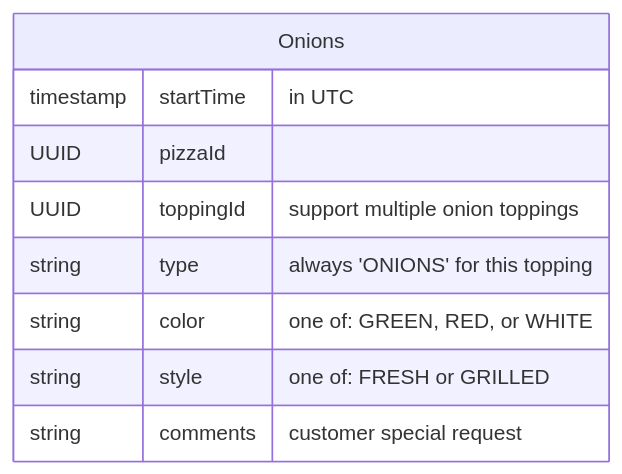
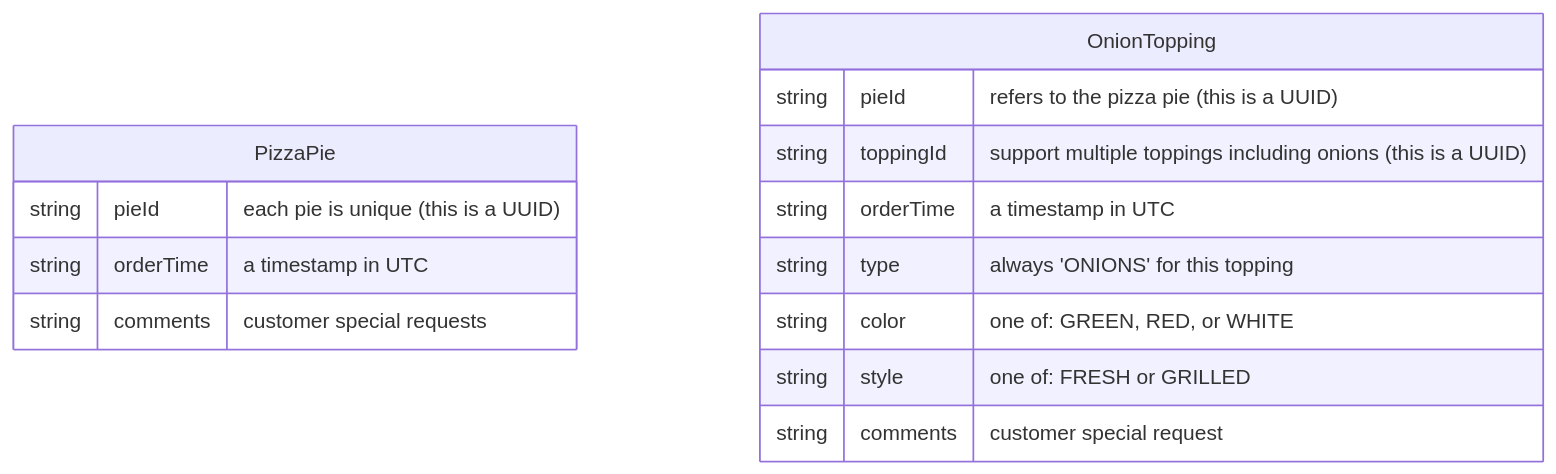
The sixth of 7 diagrams in Examples-of-diagramming.md (SruthiKorembathe/CICDImplementation), drawn with Mermaid before and after one commit. The commit also changed other lines of this file, not shown here.

Commit message:
Better ERD examples

````diff
--- a/Examples-of-diagramming.md
+++ b/Examples-of-diagramming.md
@@ -125,12 +127,18 @@
 ```mermaid
 erDiagram
-  Onions {
-    timestamp startTime "in UTC"
-    UUID pizzaId 
-    UUID toppingId "support multiple onion toppings"
+  PizzaPie {
+    string pieId "each pie is unique (this is a UUID)"
+    string orderTime "a timestamp in UTC"
+    string comments "customer special requests"
+  }
+
+  OnionTopping {
+    string pieId "refers to the pizza pie (this is a UUID)" 
+    string toppingId "support multiple toppings including onions (this is a UUID)"
+    string orderTime "a timestamp in UTC"
     string type "always 'ONIONS' for this topping"
     string color "one of: GREEN, RED, or WHITE"
     string style "one of: FRESH or GRILLED"
     string comments "customer special request"
   }
 ```
````
